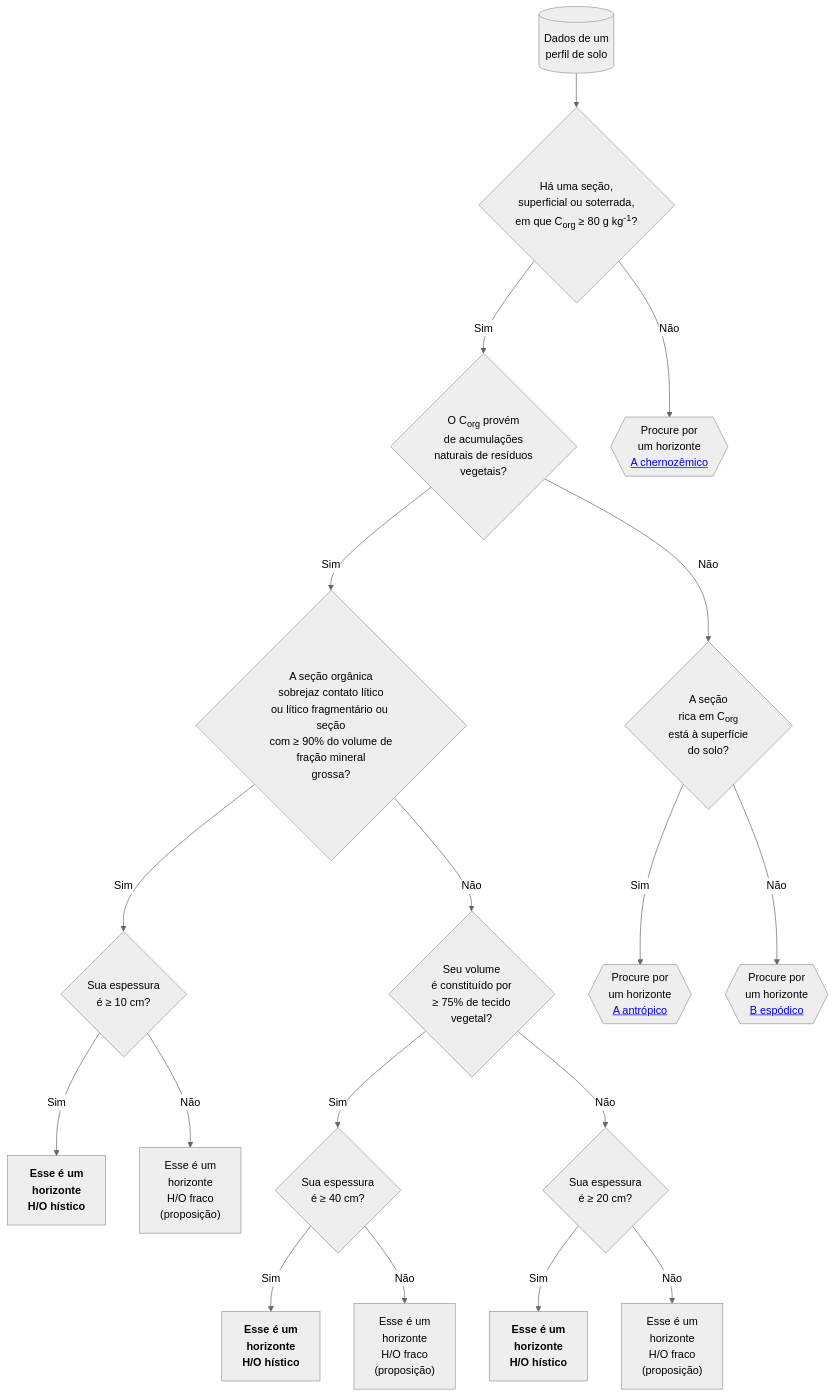
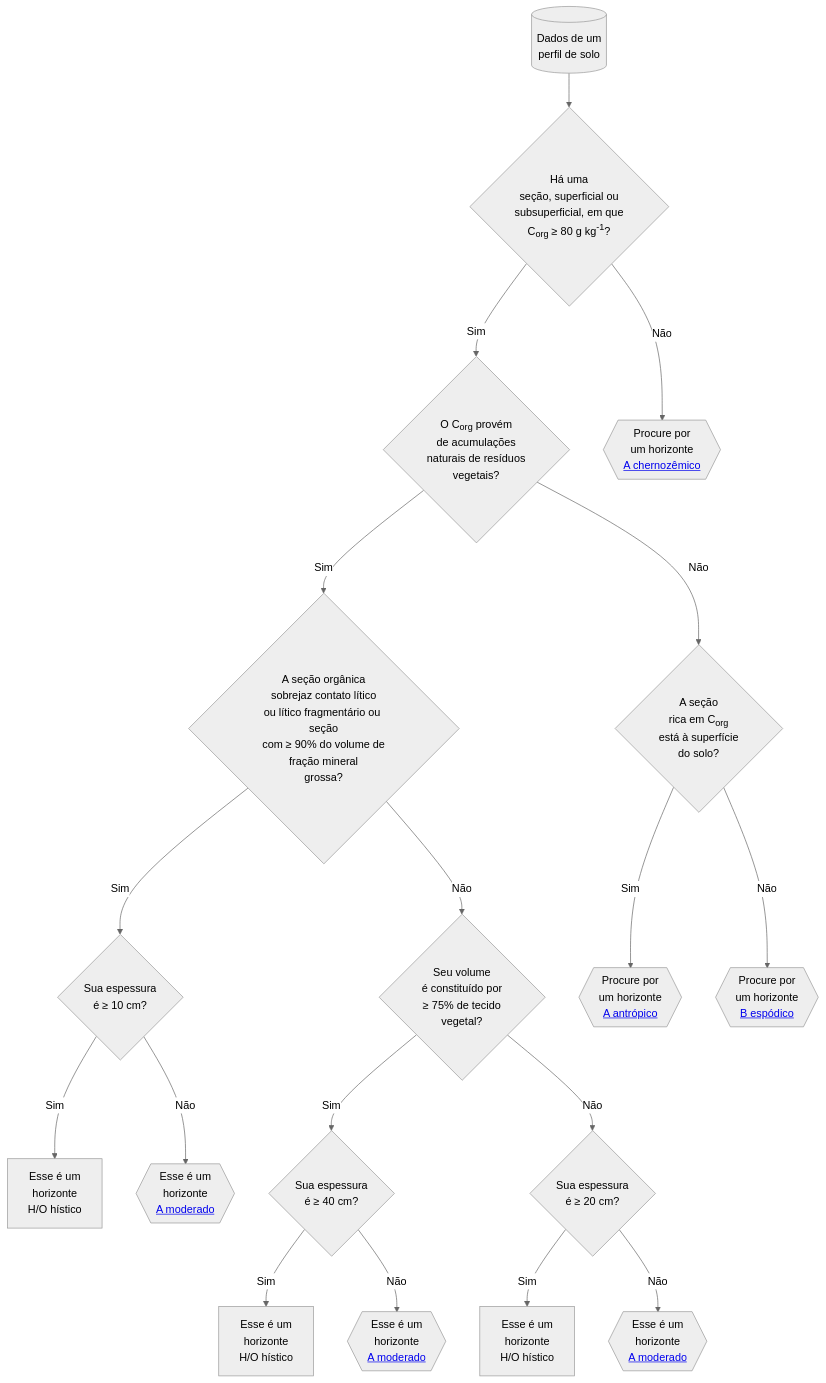
Before and after one commit to Laboratorio-de-Pedometria/pedometria.org: the diagram in content/cursos/classificacao-de-solos/histico.md, drawn with Mermaid (neutral theme). The commit also changed other lines of this file and 4 other files, not shown here.

````diff
--- a/content/cursos/classificacao-de-solos/histico.md
+++ b/content/cursos/classificacao-de-solos/histico.md
@@ -19,41 +19,37 @@
 ```mermaid
 graph TB
   DADOS[("Dados de um<br>perfil de solo")]
-    --> ORGANICO{"Há uma seção,<br>superficial ou soterrada,<br>em que C<sub>org</sub> ≥ 80 g kg<sup>-1</sup>?"}
+    --> ORGANICO{"Há uma<br>seção, superficial ou<br>subsuperficial, em que<br>C<sub>org</sub> ≥ 80 g kg<sup>-1</sup>?"}
   ORGANICO
     -->|Sim| VEGETAL{"O C<sub>org</sub> provém<br>de acumulações<br>naturais de resíduos<br>vegetais?"}
   ORGANICO
     -->|Não| CHERNOZEM{{"Procure por<br>um horizonte<br><a href='../chernozemico/'>A chernozêmico</a>"}}
   VEGETAL
     -->|Sim| O_LITICO{"A seção orgânica<br>sobrejaz contato lítico<br>ou lítico fragmentário ou seção<br>com ≥ 90% do volume de<br>fração mineral<br>grossa?"}
   VEGETAL
     -->|Não| SUPERFICIE{"A seção<br>rica em C<sub>org</sub><br>está à superfície<br>do solo?"}
   O_LITICO
     -->|Sim| O_LITICO_DELGADO{"Sua espessura<br>é ≥ 10 cm?"}
   O_LITICO
     -->|Não| TECIDO{"Seu volume<br>é constituído por<br>≥ 75% de tecido<br>vegetal?"}
   SUPERFICIE
-     -->|Sim| A_ANTROPICO{{"Procure por<br>um horizonte<br><a href='../antropico/'>A antrópico</a>"}}
+     -->|Sim| ANTROPICO{{"Procure por<br>um horizonte<br><a href='../antropico/'>A antrópico</a>"}}
   SUPERFICIE
     -->|Não| B_ESPODICO{{"Procure por<br>um horizonte<br><a href='../espodico/'>B espódico</a>"}}
   O_LITICO_DELGADO
     -->|Sim| O_HISTICO_1["Esse é um<br>horizonte<br>H/O hístico"]
   O_LITICO_DELGADO
-    -->|Não| A_FRACO_1["Esse é um<br>horizonte<br>H/O fraco<br>(proposição)"]
+    -->|Não| MODERADO1{{"Esse é um<br>horizonte<br><a href='../moderado/'>A moderado</a>"}}
   TECIDO
     --> |Sim| O_ESPESSO{"Sua espessura<br>é ≥ 40 cm?"}
   TECIDO
     --> |Não| O_TIPICO{"Sua espessura<br>é ≥ 20 cm?"}
   O_ESPESSO
     -->|Sim| O_HISTICO_2["Esse é um<br>horizonte<br>H/O hístico"]
   O_ESPESSO
-    -->|Não| O_FRACO_2["Esse é um<br>horizonte<br>H/O fraco<br>(proposição)"]
+    -->|Não| MODERADO2{{"Esse é um<br>horizonte<br><a href='../moderado/'>A moderado</a>"}}
   O_TIPICO
     -->|Sim| O_HISTICO_3["Esse é um<br>horizonte<br>H/O hístico"]
   O_TIPICO
-    -->|Não| O_FRACO_3["Esse é um<br>horizonte<br>H/O fraco<br>(proposição)"]
-  O_HISTICO_1:::HISTICO
-  O_HISTICO_2:::HISTICO  
-  O_HISTICO_3:::HISTICO
-  classDef HISTICO font-weight:bold;
+    -->|Não| MODERADO3{{"Esse é um<br>horizonte<br><a href='../moderado/'>A moderado</a>"}}
 ```
````
